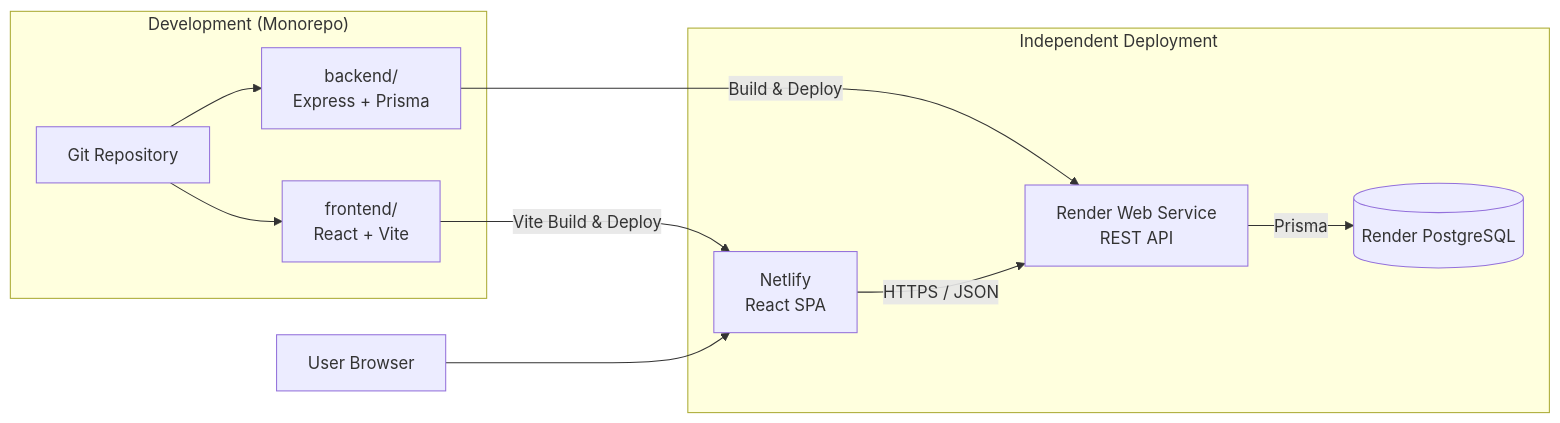
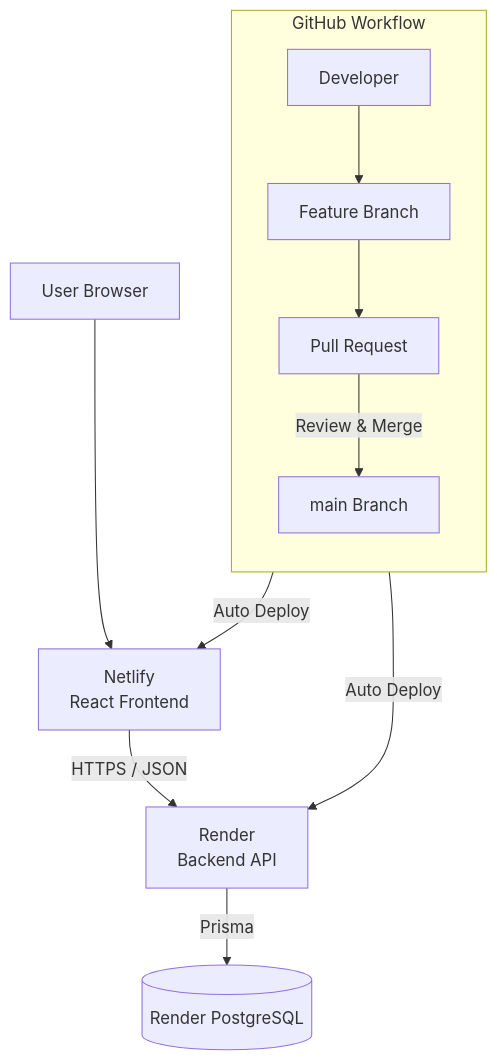
One commit to CodeitSprintTeam2/NextUnicorn-app changed the first of 2 diagrams in README.md. Above: the diagram before and after it, drawn with Mermaid. The commit also changed other lines of this file, not shown here.

````diff
--- a/README.md
+++ b/README.md
@@ -107,23 +105,16 @@
 ```mermaid
-flowchart LR
-    subgraph Development ["Development (Monorepo)"]
-        Repo["Git Repository"]
-        Frontend["frontend/<br/>React + Vite"]
-        Backend["backend/<br/>Express + Prisma"]
-        Repo --> Frontend
-        Repo --> Backend
+flowchart TB
+    subgraph GitHub ["GitHub Workflow"]
+        direction TB
+        Developer["Developer"] --> Feature["Feature Branch"]
+        Feature --> PR["Pull Request"]
+        PR -- "Review & Merge" --> Main["main Branch"]
     end
 
-    subgraph Deployment ["Independent Deployment"]
-        Netlify["Netlify<br/>React SPA"]
-        RenderAPI["Render Web Service<br/>REST API"]
-        Database[("Render PostgreSQL")]
-    end
-
-    Frontend -- "Vite Build & Deploy" --> Netlify
-    Backend -- "Build & Deploy" --> RenderAPI
-    RenderAPI -- "Prisma" --> Database
+    Main -- "Auto Deploy" --> Netlify["Netlify<br/>React Frontend"]
+    Main -- "Auto Deploy" --> RenderAPI["Render<br/>Backend API"]
 
     User["User Browser"] --> Netlify
     Netlify -- "HTTPS / JSON" --> RenderAPI
+    RenderAPI -- "Prisma" --> Database[("Render PostgreSQL")]
 ```
````
